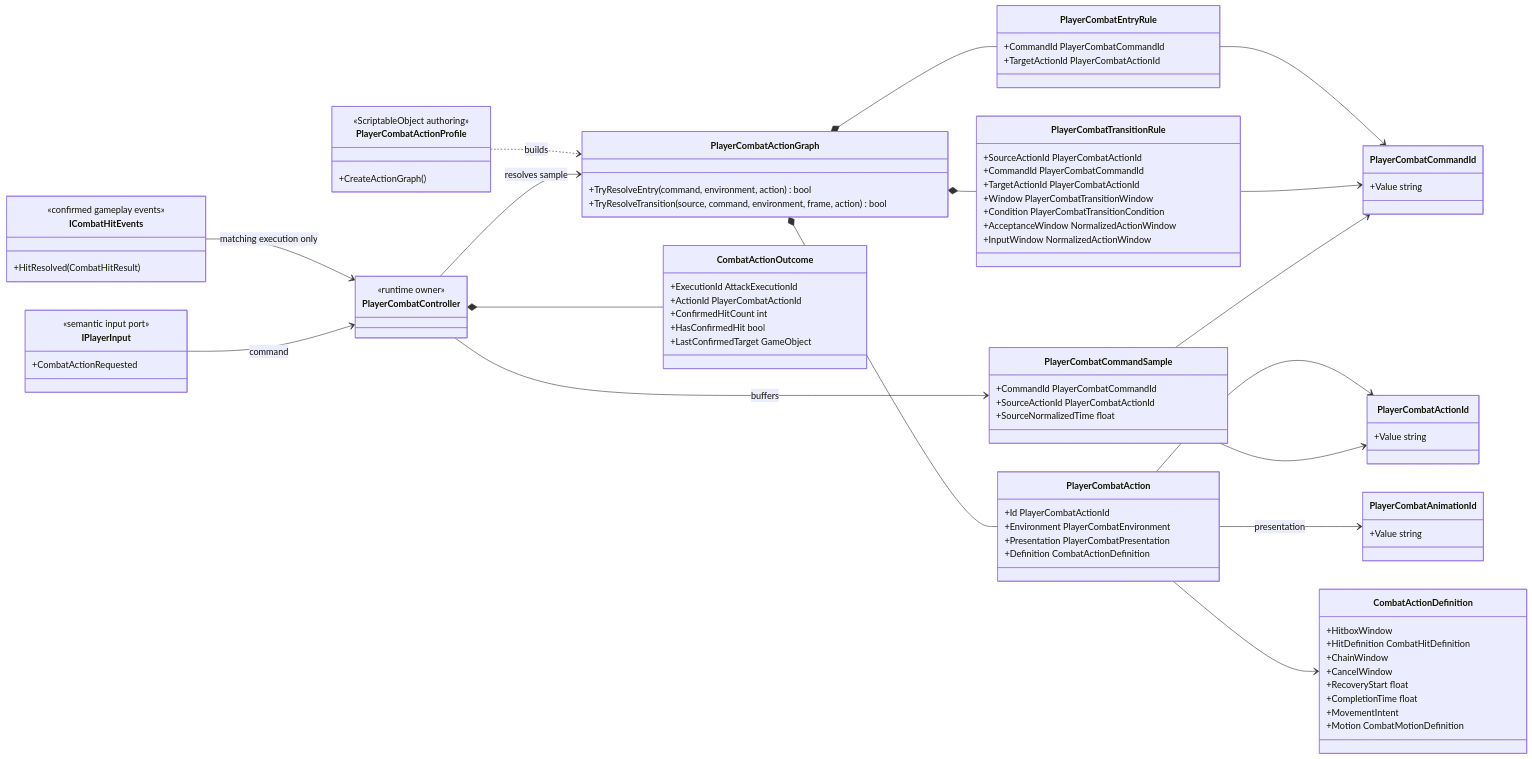
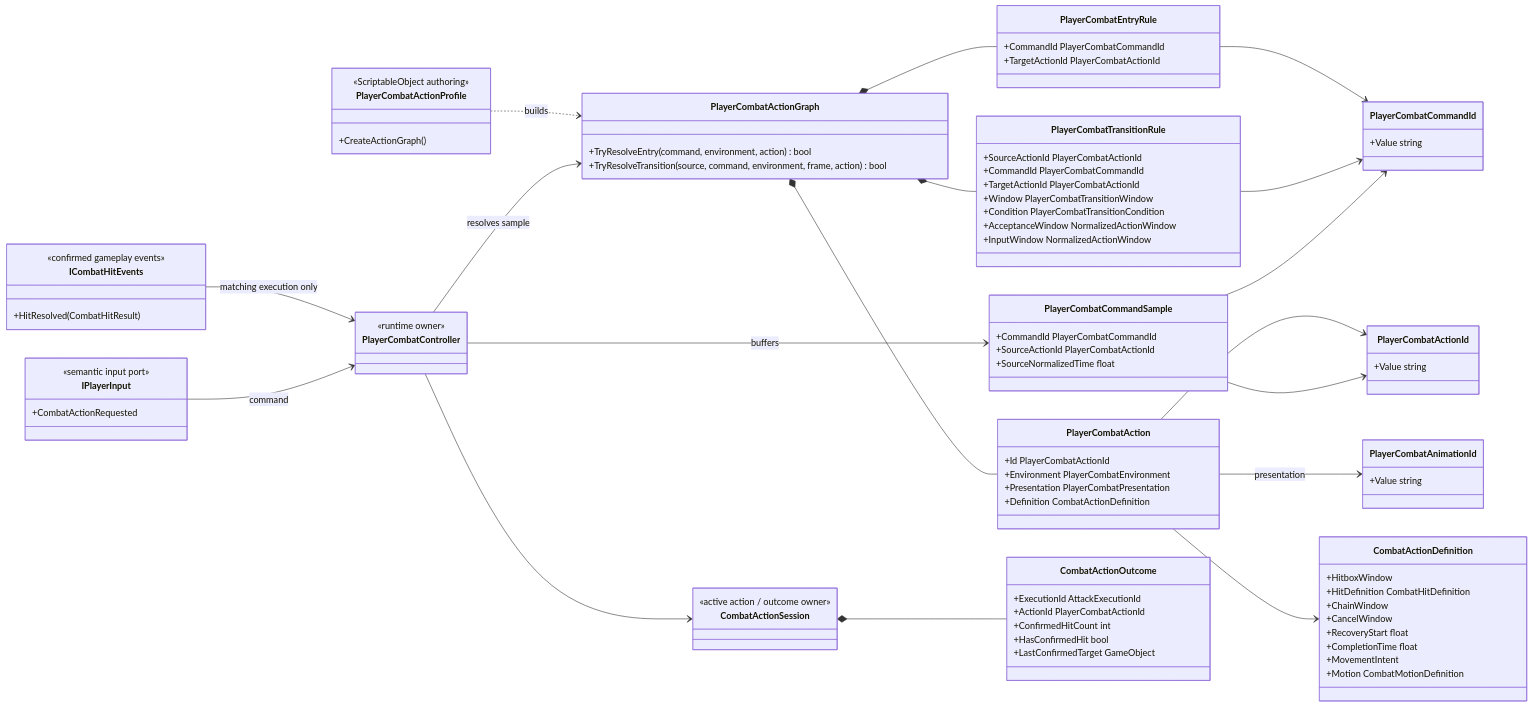
Before and after one commit to MaximFonariuc/project-s: the diagram in Docs/Architecture/Combat.ActionModel.md, drawn with Mermaid. The commit also changed 12 other files, not shown here.

Commit message:
refactor(combat): own attack lifecycle in session

```diff
--- a/Docs/Architecture/Combat.ActionModel.md
+++ b/Docs/Architecture/Combat.ActionModel.md
@@ -73,6 +73,9 @@
     class PlayerCombatController {
         <<runtime owner>>
     }
+    class CombatActionSession {
+        <<active action / outcome owner>>
+    }
     class IPlayerInput {
         <<semantic input port>>
         +CombatActionRequested
@@ -92,7 +95,8 @@
     PlayerCombatTransitionRule --> PlayerCombatCommandId
     PlayerCombatCommandSample --> PlayerCombatCommandId
     PlayerCombatCommandSample --> PlayerCombatActionId
-    PlayerCombatController *-- CombatActionOutcome
+    PlayerCombatController --> CombatActionSession
+    CombatActionSession *-- CombatActionOutcome
     ICombatHitEvents --> PlayerCombatController : matching execution only
     PlayerCombatActionProfile ..> PlayerCombatActionGraph : builds
     IPlayerInput --> PlayerCombatController : command
```
